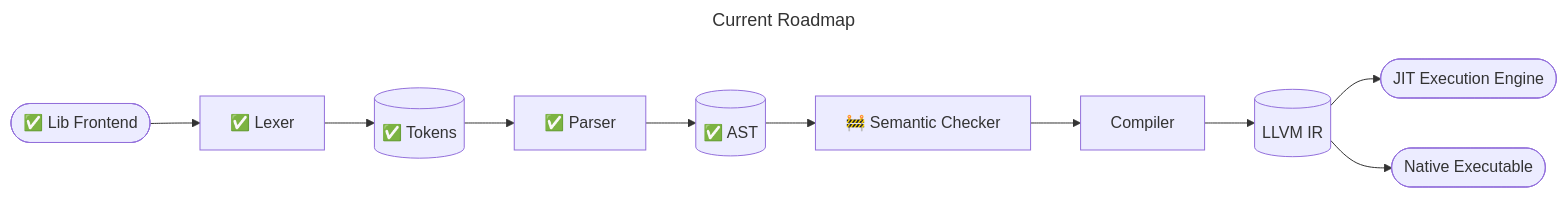
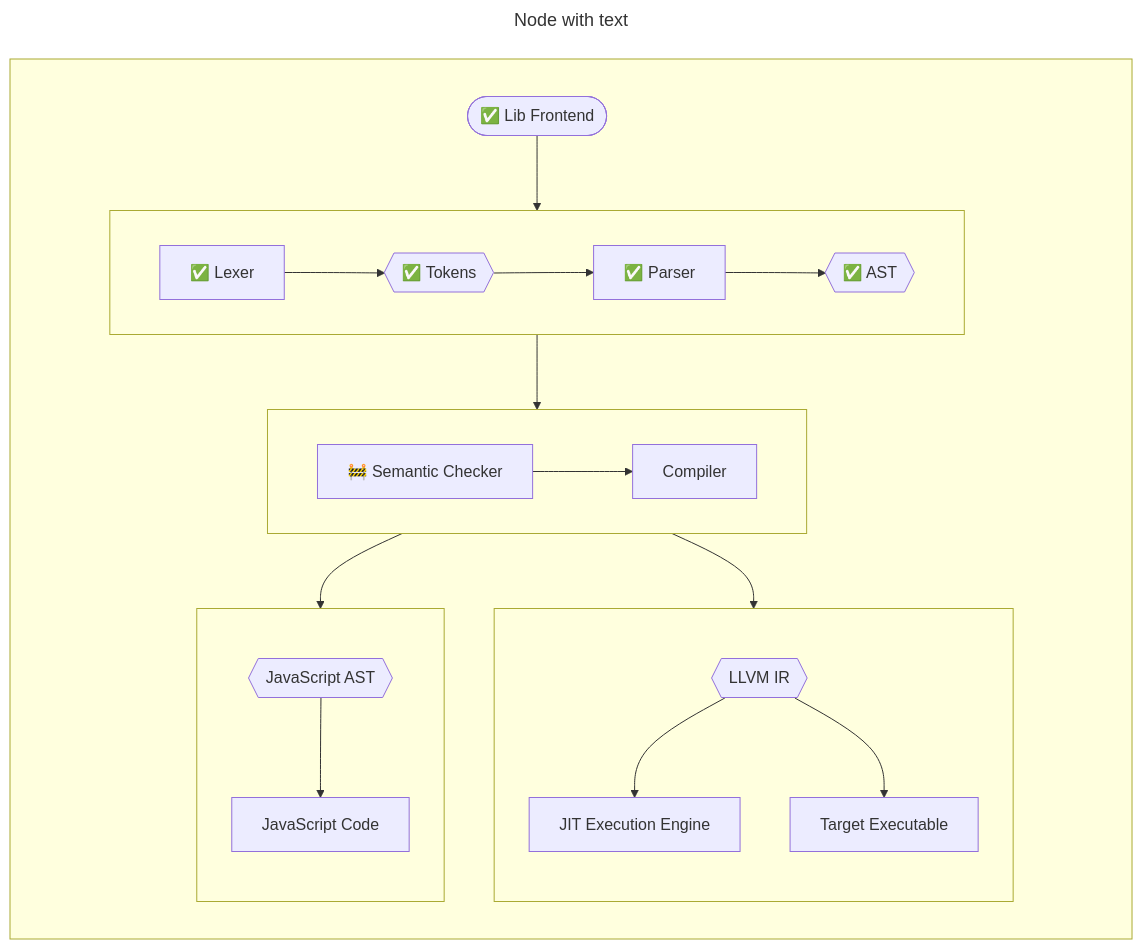
The diagram in README.md (heinthanth/mabel-test), drawn with Mermaid before and after one commit.

Commit message:
docs: Update Roadmap graph in README.md

````diff
--- a/README.md
+++ b/README.md
@@ -13,11 +13,30 @@
 ```mermaid
 ---
-title: Current Roadmap
+title: Node with text
 ---
-flowchart LR;
-  Start([✅ Lib Frontend]) --> Lexer[✅ Lexer] --> Tokens[(✅ Tokens)] --> Parser[✅ Parser] --> AST[(✅ AST)] --> SemCheck[🚧 Semantic Checker]
-  SemCheck --> Compiler
-  Compiler --> LLVMIR[(LLVM IR)]
-  LLVMIR --> LLVMJIT([JIT Execution Engine])
-  LLVMIR --> Executable([Native Executable])
+graph TB;
+    subgraph roadmap[ ]
+        direction TB
+        subgraph ParserGraph[ ]
+            direction LR
+            Lexer[✅ Lexer] --> Tokens{{✅ Tokens}} --> Parser[✅ Parser] --> AST{{✅ AST}}
+        end
+        subgraph CompilerGraph[ ]
+            direction LR
+            SemCheck[🚧 Semantic Checker] --> Compiler
+        end
+        subgraph LLVMCodeGenGraph[ ]
+            direction TB
+            LLVMIR{{LLVM IR}} --> JITExecutionEngine[JIT Execution Engine]
+            LLVMIR{{LLVM IR}} --> TargetExecutable[Target Executable]
+        end
+        subgraph JsCdoeGenGraph[ ]
+            direction TB
+            JsAst{{JavaScript AST}} --> JavaScript[JavaScript Code]
+        end
+        Start([✅ Lib Frontend]) -->  ParserGraph
+        ParserGraph --> CompilerGraph
+        CompilerGraph --> LLVMCodeGenGraph
+        CompilerGraph --> JsCdoeGenGraph
+    end
 ```
````
